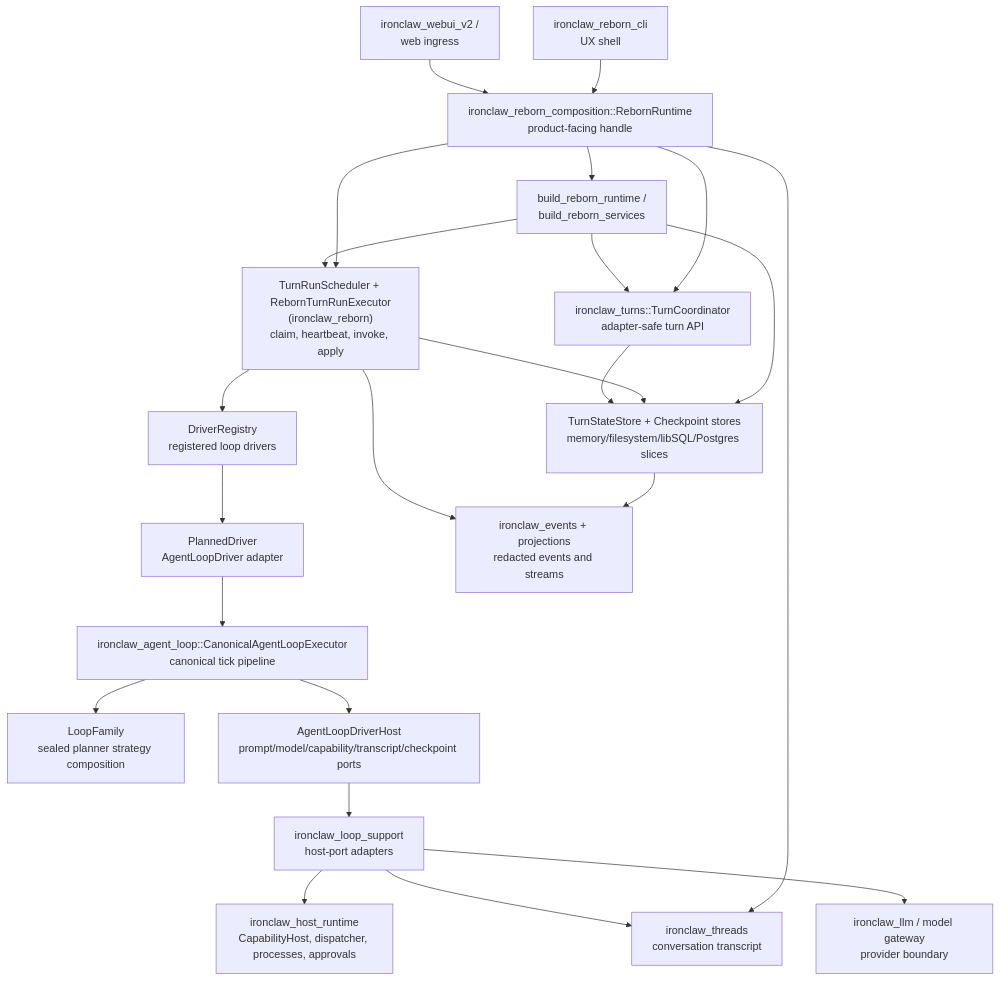
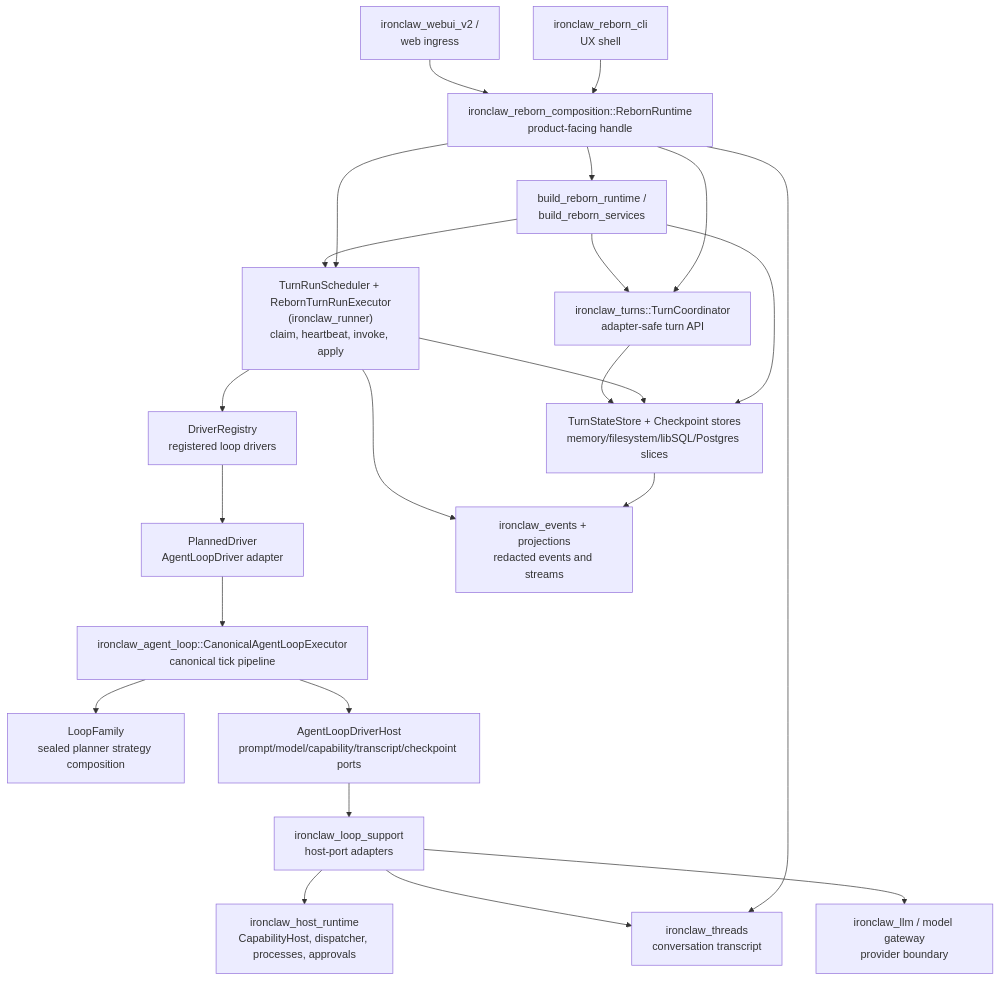
One commit to nearai/ironclaw changed the second of 7 diagrams in crates/Architecture.md. Above: the diagram before and after it, drawn with Mermaid. The commit also changed other lines of this file and 194 other files, not shown here.

Commit message:
refactor(reborn): rename runner crate

````diff
--- a/crates/Architecture.md
+++ b/crates/Architecture.md
@@ -292,43 +292,43 @@
 ```mermaid
 flowchart TD
     CLI["ironclaw_reborn_cli\nUX shell"]
     WebUI["ironclaw_webui_v2 /\nweb ingress"]
     Runtime["ironclaw_reborn_composition::RebornRuntime\nproduct-facing handle"]
     Factory["build_reborn_runtime /\nbuild_reborn_services"]
     Coordinator["ironclaw_turns::TurnCoordinator\nadapter-safe turn API"]
     Store["TurnStateStore + Checkpoint stores\nmemory/filesystem/libSQL/Postgres slices"]
-    Worker["TurnRunScheduler + RebornTurnRunExecutor\n(ironclaw_reborn)\nclaim, heartbeat, invoke, apply"]
+    Worker["TurnRunScheduler + RebornTurnRunExecutor\n(ironclaw_runner)\nclaim, heartbeat, invoke, apply"]
     Registry["DriverRegistry\nregistered loop drivers"]
     Planned["PlannedDriver\nAgentLoopDriver adapter"]
     Executor["ironclaw_agent_loop::CanonicalAgentLoopExecutor\ncanonical tick pipeline"]
     Family["LoopFamily\nsealed planner strategy composition"]
     Host["AgentLoopDriverHost\nprompt/model/capability/transcript/checkpoint ports"]
     LoopSupport["ironclaw_loop_support\nhost-port adapters"]
     HostRuntime["ironclaw_host_runtime\nCapabilityHost, dispatcher, processes, approvals"]
     LLM["ironclaw_llm / model gateway\nprovider boundary"]
     Threads["ironclaw_threads\nconversation transcript"]
     Events["ironclaw_events + projections\nredacted events and streams"]
 
     CLI --> Runtime
     WebUI --> Runtime
     Runtime --> Factory
     Runtime --> Threads
     Runtime --> Coordinator
     Runtime --> Worker
     Factory --> Coordinator
     Factory --> Store
     Factory --> Worker
     Worker --> Store
     Worker --> Registry
     Registry --> Planned
     Planned --> Executor
     Executor --> Family
     Executor --> Host
     Host --> LoopSupport
     LoopSupport --> HostRuntime
     LoopSupport --> LLM
     LoopSupport --> Threads
     Coordinator --> Store
     Store --> Events
     Worker --> Events
 ```
````
